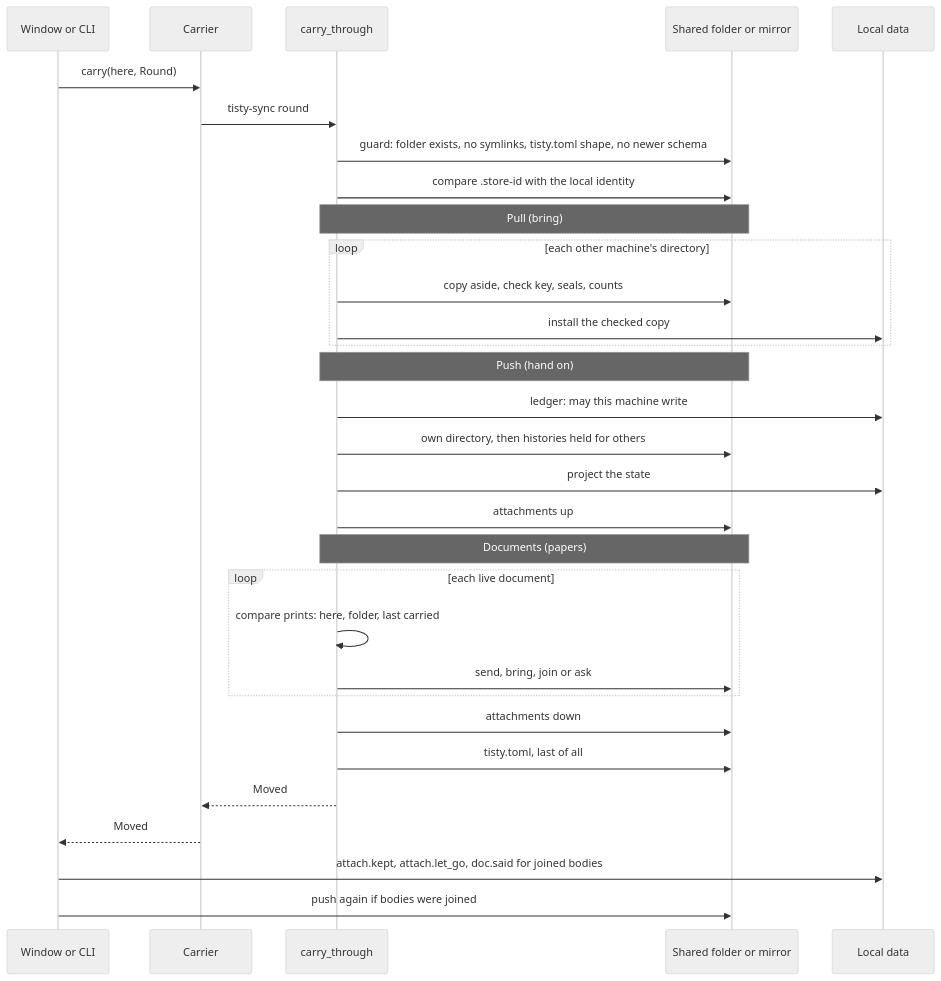
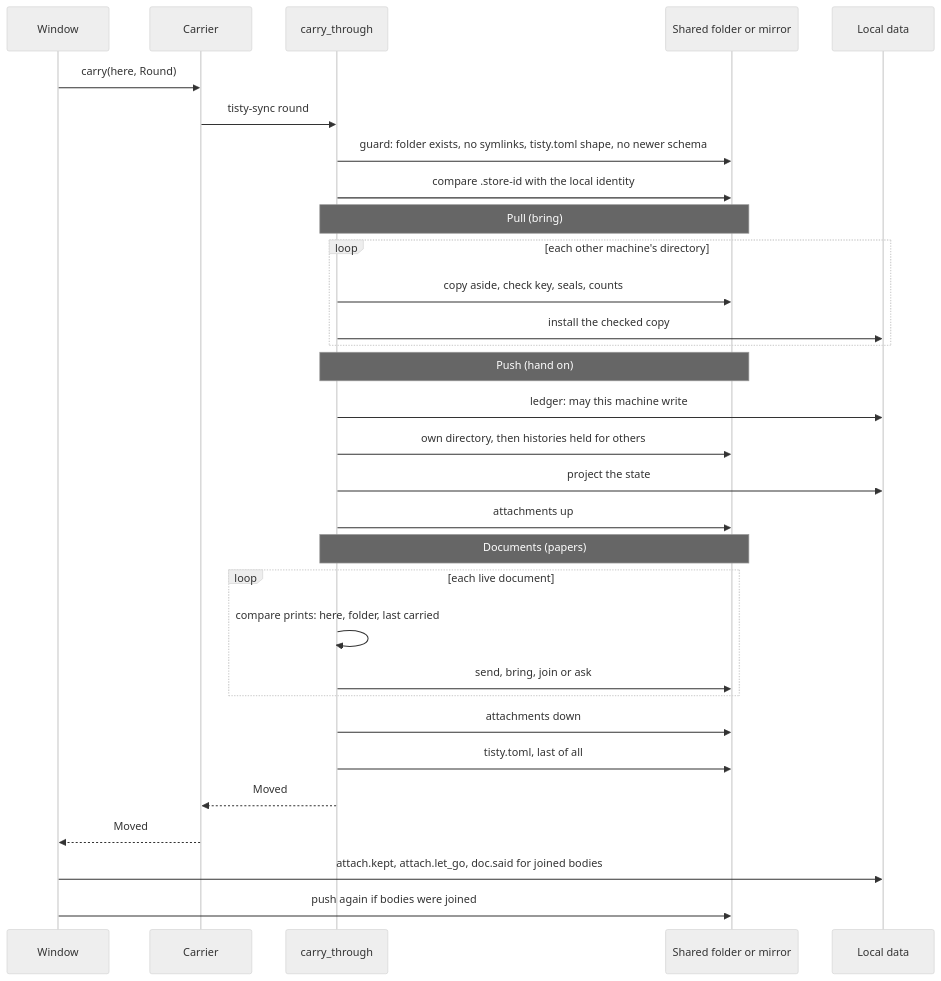
Before and after one commit to rgdevment/Tisty: the fifth of 10 diagrams in docs/ARCHITECTURE.md, drawn with Mermaid (neutral theme). The commit also changed other lines of this file and 80 other files, not shown here.

````diff
--- a/docs/ARCHITECTURE.md
+++ b/docs/ARCHITECTURE.md
@@ -569,33 +561,33 @@
 ```mermaid
 sequenceDiagram
-  participant W as Window or CLI
+  participant W as Window
   participant C as Carrier
   participant R as carry_through
   participant F as Shared folder or mirror
   participant L as Local data
   W->>C: carry(here, Round)
   C->>R: tisty-sync round
   R->>F: guard: folder exists, no symlinks, tisty.toml shape, no newer schema
   R->>F: compare .store-id with the local identity
   Note over R,F: Pull (bring)
   loop each other machine's directory
     R->>F: copy aside, check key, seals, counts
     R->>L: install the checked copy
   end
   Note over R,F: Push (hand on)
   R->>L: ledger: may this machine write
   R->>F: own directory, then histories held for others
   R->>L: project the state
   R->>F: attachments up
   Note over R,F: Documents (papers)
   loop each live document
     R->>R: compare prints: here, folder, last carried
     R->>F: send, bring, join or ask
   end
   R->>F: attachments down
   R->>F: tisty.toml, last of all
   R-->>C: Moved
   C-->>W: Moved
   W->>L: attach.kept, attach.let_go, doc.said for joined bodies
   W->>F: push again if bodies were joined
 ```
````
